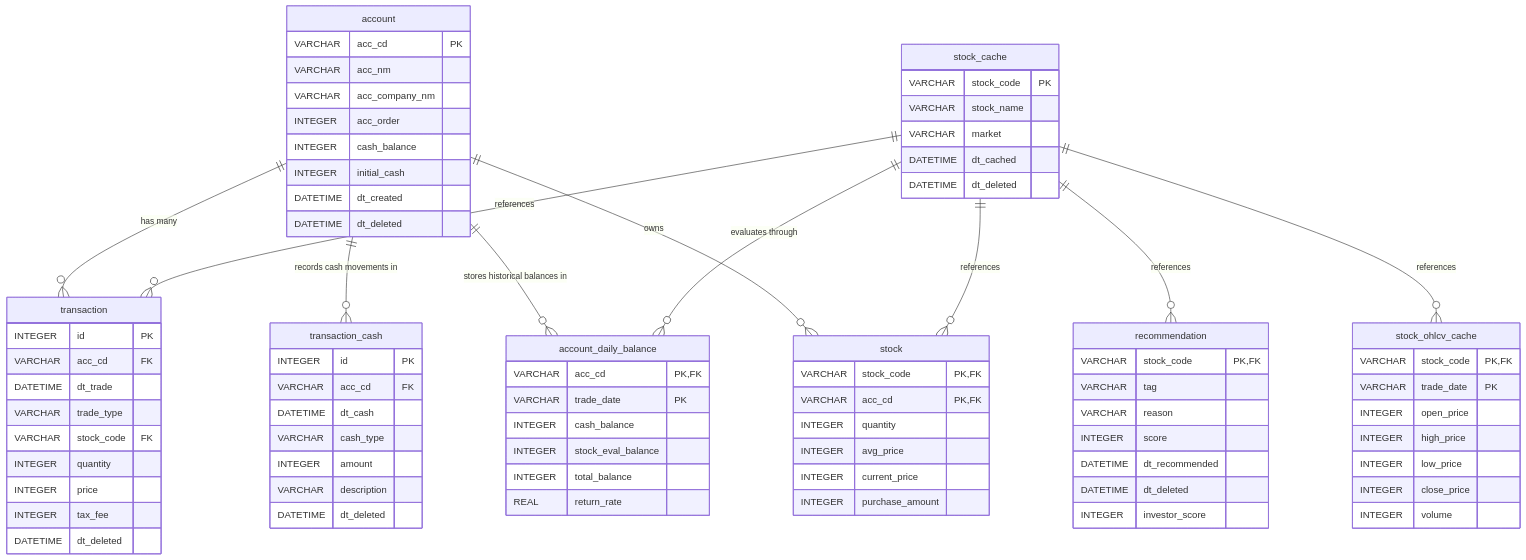
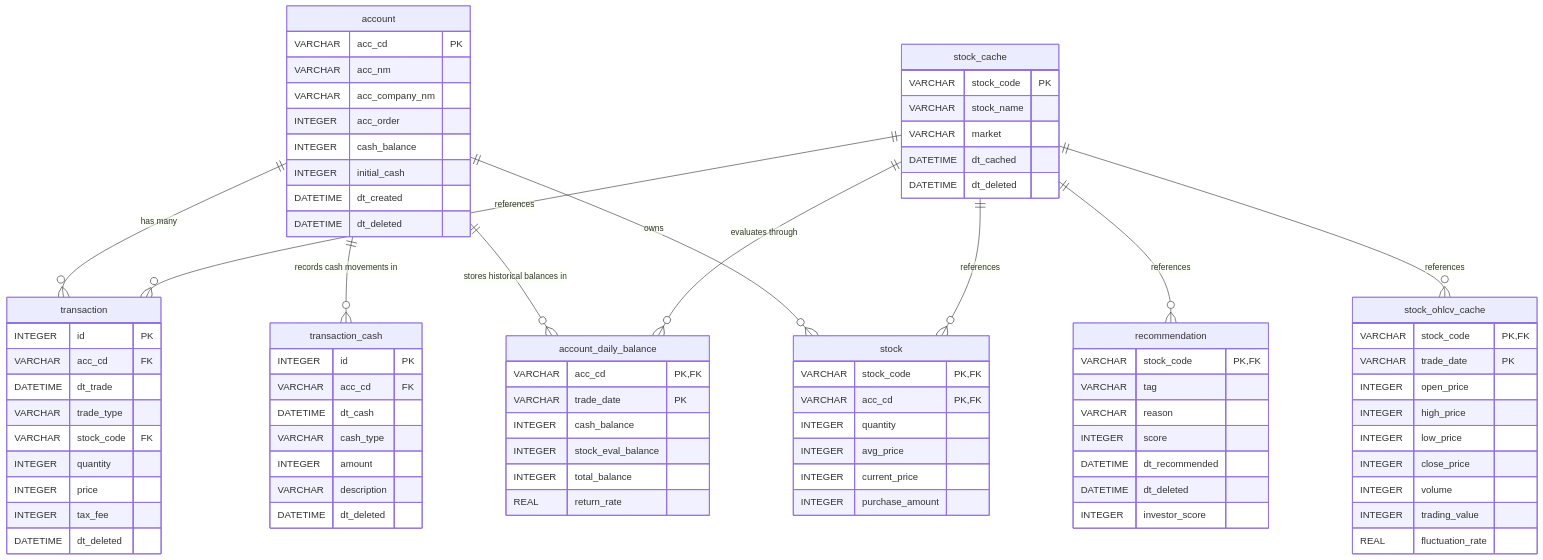
The second of 2 diagrams in docs/tasks-P3/project_analysis.md (chosun87/sunflower87), drawn with Mermaid before and after one commit. The commit also changed other lines of this file and 3 other files, not shown here.

```diff
--- a/docs/tasks-P3/project_analysis.md
+++ b/docs/tasks-P3/project_analysis.md
@@ -319,6 +319,8 @@
         INTEGER low_price
         INTEGER close_price
         INTEGER volume
+        INTEGER trading_value
+        REAL fluctuation_rate
     }
 
     recommendation {
```
